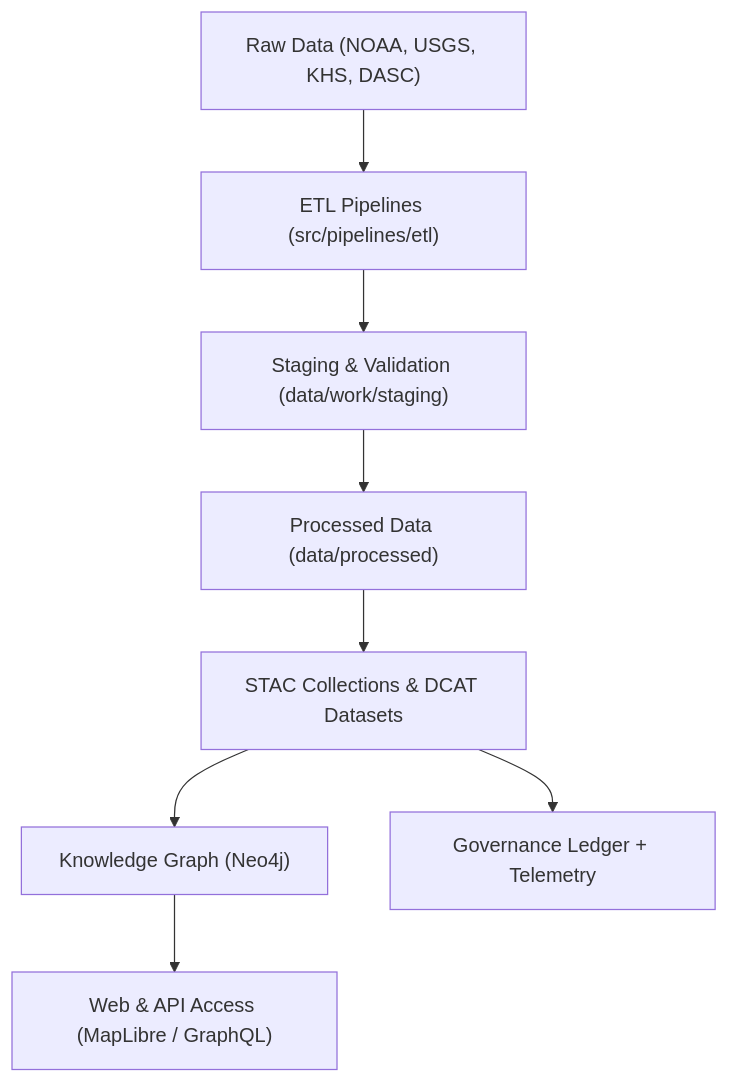
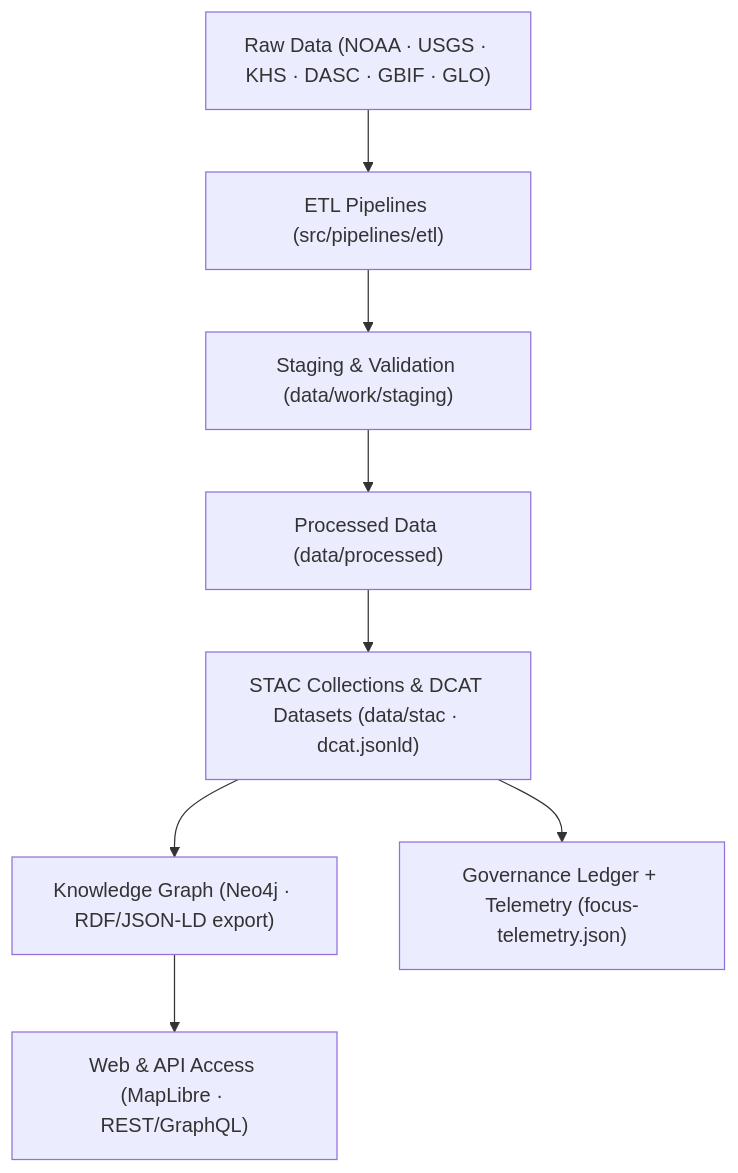
One commit to bartytime4life/Kansas-Frontier-Matrix changed the first of 2 diagrams in docs/architecture/data-architecture.md. Above: the diagram before and after it, drawn with Mermaid. The commit also changed other lines of this file, not shown here.

First line of the commit message:
Update data architecture documentation to v10.2.3

````diff
--- a/docs/architecture/data-architecture.md
+++ b/docs/architecture/data-architecture.md
@@ -64,11 +63,10 @@
 ```mermaid
 flowchart TD
-  A["Raw Data (NOAA, USGS, KHS, DASC)"]
-    --> B["ETL Pipelines (src/pipelines/etl)"]
+  A["Raw Data (NOAA · USGS · KHS · DASC · GBIF · GLO)"] --> B["ETL Pipelines (src/pipelines/etl)"]
   B --> C["Staging & Validation (data/work/staging)"]
   C --> D["Processed Data (data/processed)"]
-  D --> E["STAC Collections & DCAT Datasets"]
-  E --> F["Knowledge Graph (Neo4j)"]
-  F --> G["Web & API Access (MapLibre / GraphQL)"]
-  E --> H["Governance Ledger + Telemetry"]
+  D --> E["STAC Collections & DCAT Datasets (data/stac · dcat.jsonld)"]
+  E --> F["Knowledge Graph (Neo4j · RDF/JSON-LD export)"]
+  F --> G["Web & API Access (MapLibre · REST/GraphQL)"]
+  E --> H["Governance Ledger + Telemetry (focus-telemetry.json)"]
 ```
````
